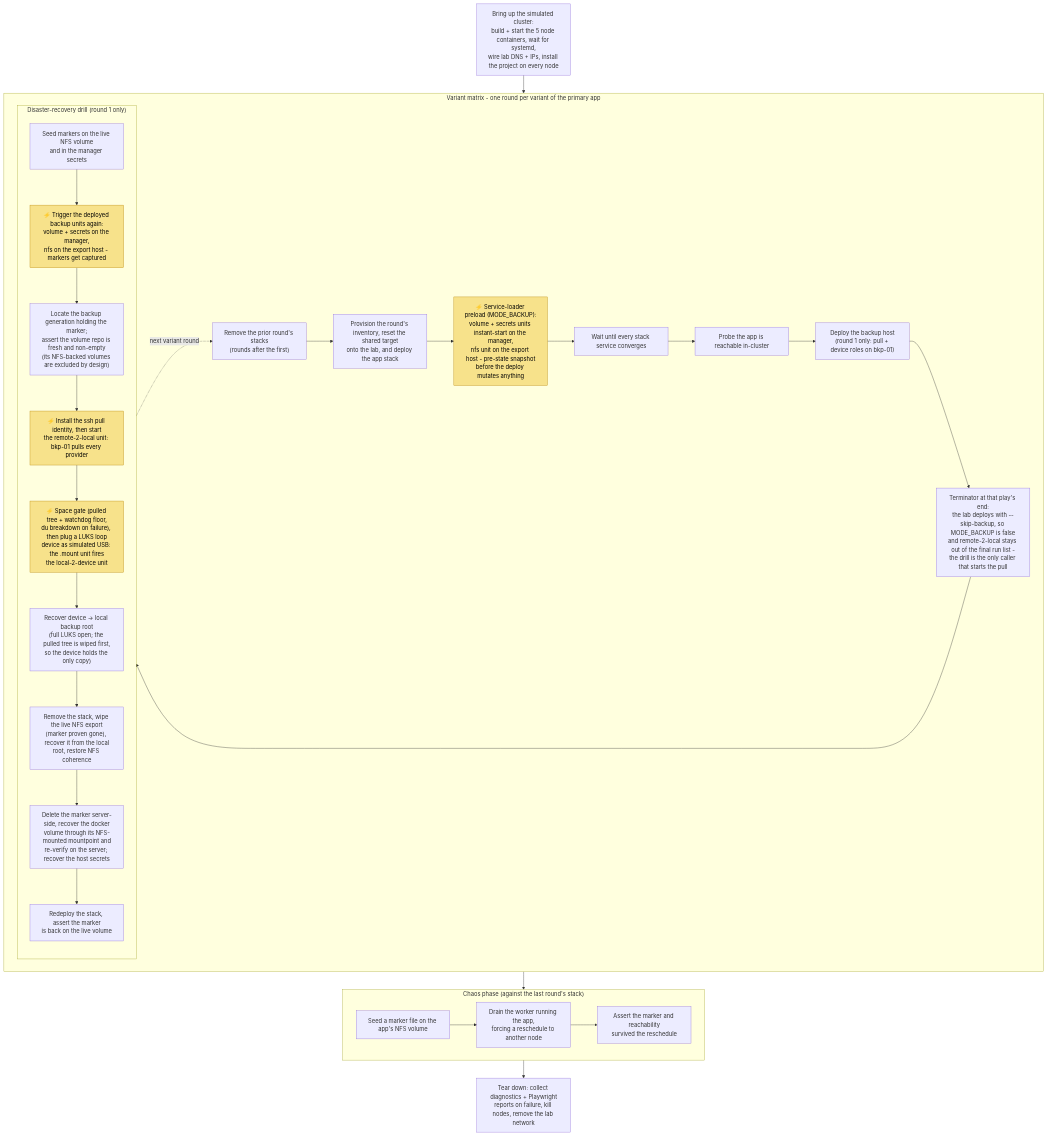
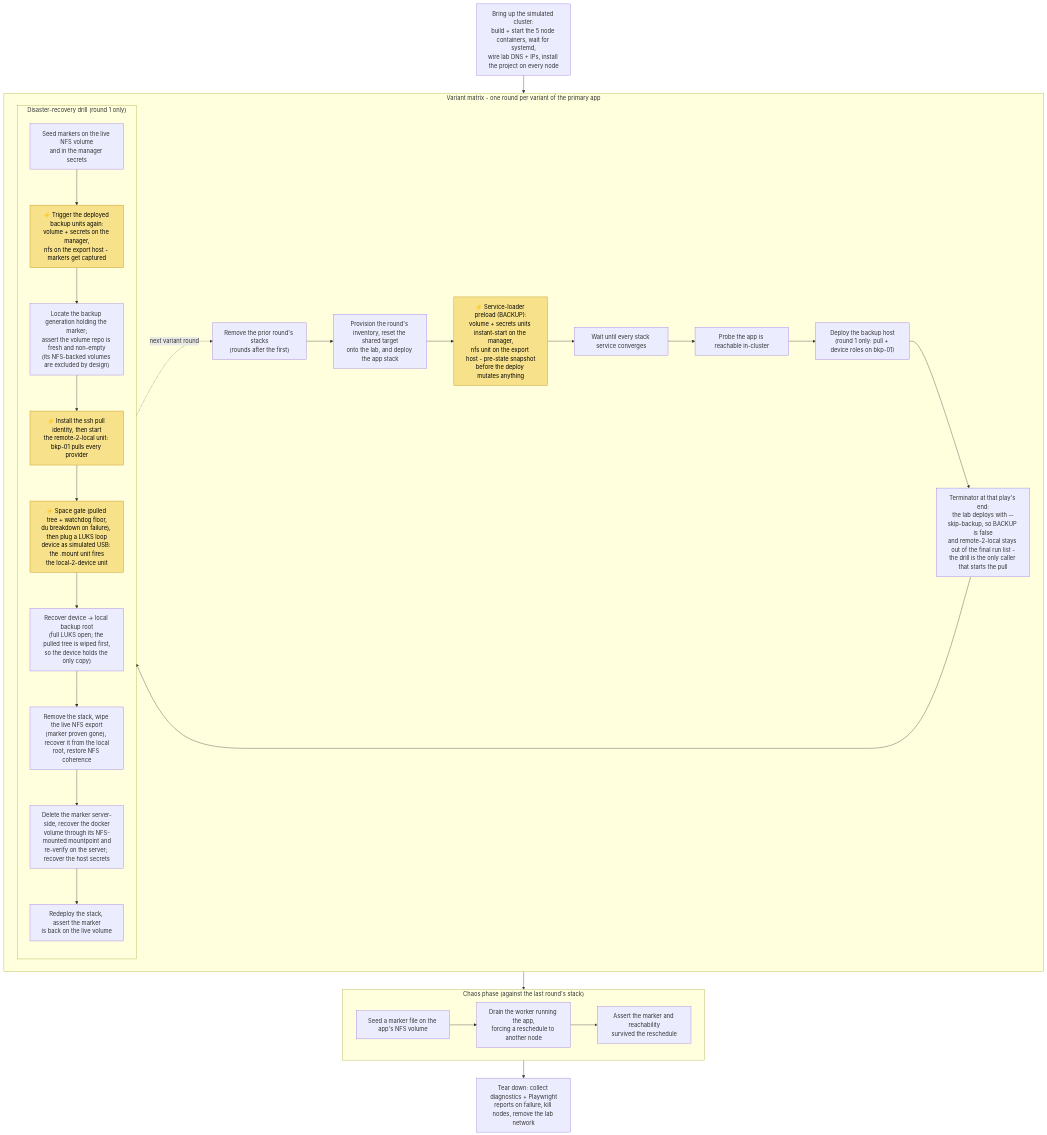
Before and after one commit to infinito-nexus/core: the diagram in scripts/tests/deploy/swarm/routine/README.md, drawn with Mermaid. The commit also changed 220 other files, not shown here.

````diff
--- a/scripts/tests/deploy/swarm/routine/README.md
+++ b/scripts/tests/deploy/swarm/routine/README.md
@@ -11,44 +11,44 @@
 ```mermaid
 flowchart TB
     boot["Bring up the simulated cluster:<br/>build + start the 5 node containers, wait for systemd,<br/>wire lab DNS + IPs, install the project on every node"]
 
     subgraph matrix["Variant matrix - one round per variant of the primary app"]
         purge["Remove the prior round's stacks<br/>(rounds after the first)"]
         prov["Provision the round's inventory, reset the shared target<br/>onto the lab, and deploy the app stack"]
-        t_pre["⚡ Service-loader preload (MODE_BACKUP):<br/>volume + secrets units instant-start on the manager,<br/>nfs unit on the export host - pre-state snapshot<br/>before the deploy mutates anything"]
+        t_pre["⚡ Service-loader preload (BACKUP):<br/>volume + secrets units instant-start on the manager,<br/>nfs unit on the export host - pre-state snapshot<br/>before the deploy mutates anything"]
         conv["Wait until every stack service converges"]
         reach["Probe the app is reachable in-cluster"]
         bkphost["Deploy the backup host<br/>(round 1 only: pull + device roles on bkp-01)"]
-        t_term["Terminator at that play's end:<br/>the lab deploys with --skip-backup, so MODE_BACKUP is false<br/>and remote-2-local stays out of the final run list -<br/>the drill is the only caller that starts the pull"]
+        t_term["Terminator at that play's end:<br/>the lab deploys with --skip-backup, so BACKUP is false<br/>and remote-2-local stays out of the final run list -<br/>the drill is the only caller that starts the pull"]
 
         subgraph drill["Disaster-recovery drill (round 1 only)"]
             d1["Seed markers on the live NFS volume<br/>and in the manager secrets"]
             t_d2["⚡ Trigger the deployed backup units again:<br/>volume + secrets on the manager,<br/>nfs on the export host - markers get captured"]
             d3["Locate the backup generation holding the marker;<br/>assert the volume repo is fresh and non-empty<br/>(its NFS-backed volumes are excluded by design)"]
             t_d4["⚡ Install the ssh pull identity, then start<br/>the remote-2-local unit: bkp-01 pulls every provider"]
             t_d5["⚡ Space gate (pulled tree + watchdog floor,<br/>du breakdown on failure), then plug a LUKS loop<br/>device as simulated USB: the .mount unit fires<br/>the local-2-device unit"]
             d6["Recover device -> local backup root<br/>(full LUKS open; the pulled tree is wiped first,<br/>so the device holds the only copy)"]
             d7["Remove the stack, wipe the live NFS export<br/>(marker proven gone), recover it from the local<br/>root, restore NFS coherence"]
             d8["Delete the marker server-side, recover the docker<br/>volume through its NFS-mounted mountpoint and<br/>re-verify on the server; recover the host secrets"]
             d9["Redeploy the stack, assert the marker<br/>is back on the live volume"]
             d1 --> t_d2 --> d3 --> t_d4 --> t_d5 --> d6 --> d7 --> d8 --> d9
         end
 
         purge --> prov --> t_pre --> conv --> reach --> bkphost --> t_term --> drill
         drill -.->|next variant round| purge
     end
 
     subgraph chaos["Chaos phase (against the last round's stack)"]
         seed["Seed a marker file on the app's NFS volume"]
         drain["Drain the worker running the app,<br/>forcing a reschedule to another node"]
         assertion["Assert the marker and reachability<br/>survived the reschedule"]
         seed --> drain --> assertion
     end
 
     teardown["Tear down: collect diagnostics + Playwright<br/>reports on failure, kill nodes, remove the lab network"]
 
     boot --> matrix --> chaos --> teardown
 
     classDef trigger fill:#f7e28b,stroke:#b8860b,color:#000
     class t_pre,t_d2,t_d4,t_d5 trigger
 ```
````
